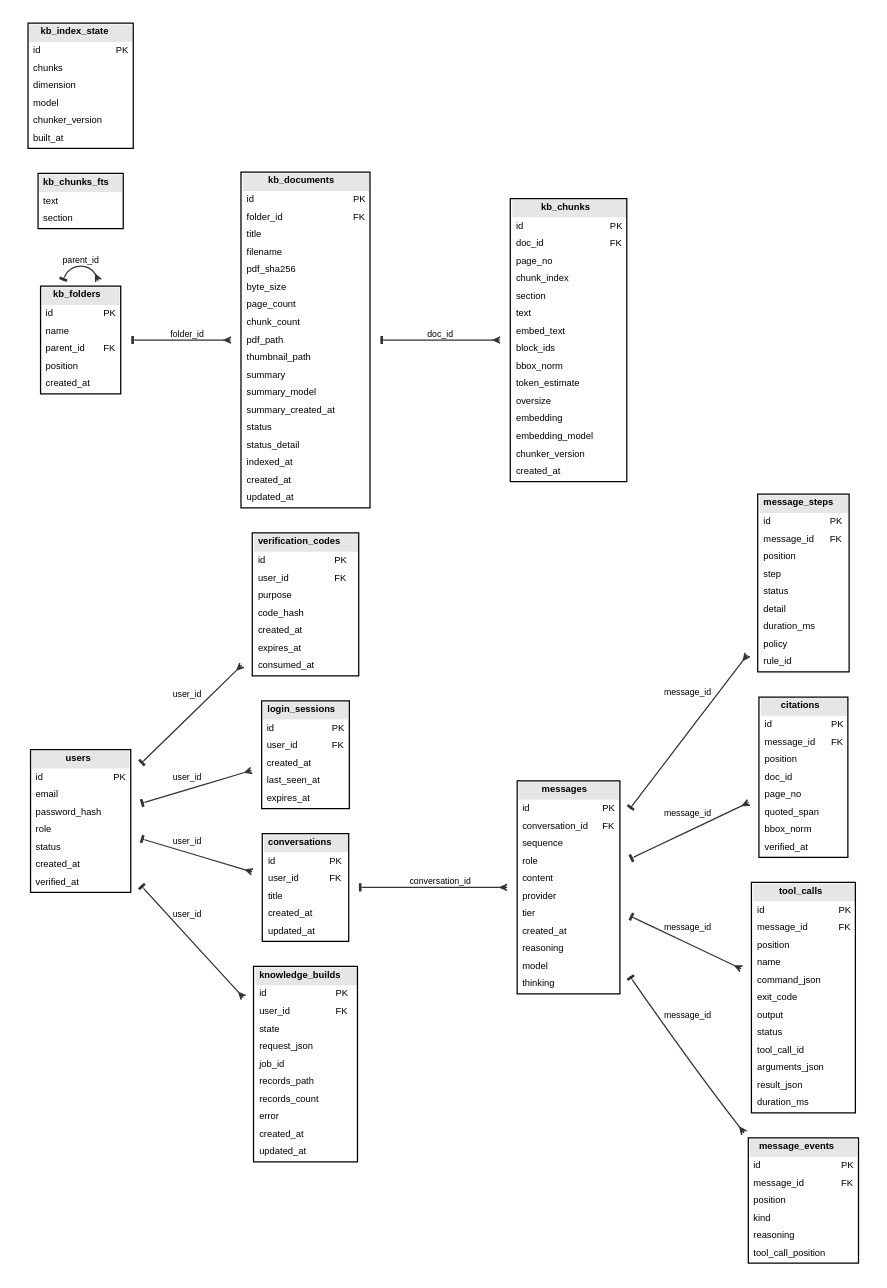
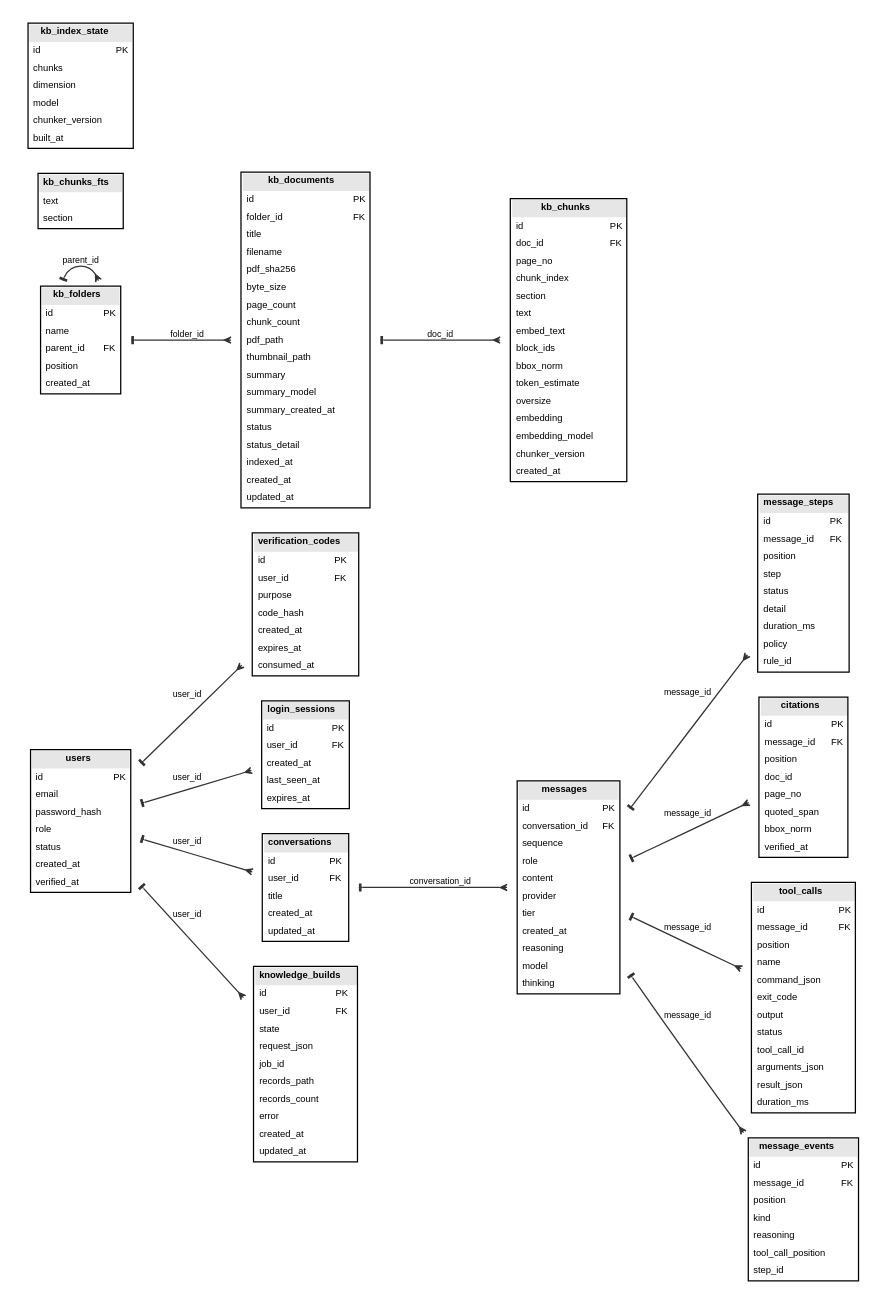
One commit to Kane-LI-0114/verifiable-tutor changed the diagram in docs/figures/physical-db.dot. Above: the diagram before and after it, drawn with Graphviz. The commit also changed 19 other files, not shown here.

```diff
--- a/docs/figures/physical-db.dot
+++ b/docs/figures/physical-db.dot
@@ -1,192 +1,193 @@
 digraph physical_data_model {
   // Generated by scripts/build_data_model.py from the Storage schema; do not edit.
   graph [rankdir=LR, splines=true, nodesep=0.16, ranksep=0.52, fontname="Helvetica", fontsize=9,
          bgcolor="white", pad=0.10];
   node [fontname="Helvetica", fontsize=7.5, shape=plaintext];
   edge [fontname="Helvetica", fontsize=7, color="#333333", arrowsize=0.55,
         dir=both, arrowtail=tee, arrowhead=crow];
   // Physical SQLite schema. The logical model is docs/figures/prd-er.dot.
   users [label=<<TABLE BORDER="1" CELLBORDER="0" CELLSPACING="0" CELLPADDING="3" BGCOLOR="white">
       <TR><TD BGCOLOR="#e6e6e6" COLSPAN="2"><B>users</B></TD></TR>
       <TR><TD ALIGN="LEFT">id</TD><TD ALIGN="LEFT">PK</TD></TR>
       <TR><TD ALIGN="LEFT">email</TD><TD ALIGN="LEFT"></TD></TR>
       <TR><TD ALIGN="LEFT">password_hash</TD><TD ALIGN="LEFT"></TD></TR>
       <TR><TD ALIGN="LEFT">role</TD><TD ALIGN="LEFT"></TD></TR>
       <TR><TD ALIGN="LEFT">status</TD><TD ALIGN="LEFT"></TD></TR>
       <TR><TD ALIGN="LEFT">created_at</TD><TD ALIGN="LEFT"></TD></TR>
       <TR><TD ALIGN="LEFT">verified_at</TD><TD ALIGN="LEFT"></TD></TR>
     </TABLE>>];
   verification_codes [label=<<TABLE BORDER="1" CELLBORDER="0" CELLSPACING="0" CELLPADDING="3" BGCOLOR="white">
       <TR><TD BGCOLOR="#e6e6e6" COLSPAN="2"><B>verification_codes</B></TD></TR>
       <TR><TD ALIGN="LEFT">id</TD><TD ALIGN="LEFT">PK</TD></TR>
       <TR><TD ALIGN="LEFT">user_id</TD><TD ALIGN="LEFT">FK</TD></TR>
       <TR><TD ALIGN="LEFT">purpose</TD><TD ALIGN="LEFT"></TD></TR>
       <TR><TD ALIGN="LEFT">code_hash</TD><TD ALIGN="LEFT"></TD></TR>
       <TR><TD ALIGN="LEFT">created_at</TD><TD ALIGN="LEFT"></TD></TR>
       <TR><TD ALIGN="LEFT">expires_at</TD><TD ALIGN="LEFT"></TD></TR>
       <TR><TD ALIGN="LEFT">consumed_at</TD><TD ALIGN="LEFT"></TD></TR>
     </TABLE>>];
   login_sessions [label=<<TABLE BORDER="1" CELLBORDER="0" CELLSPACING="0" CELLPADDING="3" BGCOLOR="white">
       <TR><TD BGCOLOR="#e6e6e6" COLSPAN="2"><B>login_sessions</B></TD></TR>
       <TR><TD ALIGN="LEFT">id</TD><TD ALIGN="LEFT">PK</TD></TR>
       <TR><TD ALIGN="LEFT">user_id</TD><TD ALIGN="LEFT">FK</TD></TR>
       <TR><TD ALIGN="LEFT">created_at</TD><TD ALIGN="LEFT"></TD></TR>
       <TR><TD ALIGN="LEFT">last_seen_at</TD><TD ALIGN="LEFT"></TD></TR>
       <TR><TD ALIGN="LEFT">expires_at</TD><TD ALIGN="LEFT"></TD></TR>
     </TABLE>>];
   conversations [label=<<TABLE BORDER="1" CELLBORDER="0" CELLSPACING="0" CELLPADDING="3" BGCOLOR="white">
       <TR><TD BGCOLOR="#e6e6e6" COLSPAN="2"><B>conversations</B></TD></TR>
       <TR><TD ALIGN="LEFT">id</TD><TD ALIGN="LEFT">PK</TD></TR>
       <TR><TD ALIGN="LEFT">user_id</TD><TD ALIGN="LEFT">FK</TD></TR>
       <TR><TD ALIGN="LEFT">title</TD><TD ALIGN="LEFT"></TD></TR>
       <TR><TD ALIGN="LEFT">created_at</TD><TD ALIGN="LEFT"></TD></TR>
       <TR><TD ALIGN="LEFT">updated_at</TD><TD ALIGN="LEFT"></TD></TR>
     </TABLE>>];
   messages [label=<<TABLE BORDER="1" CELLBORDER="0" CELLSPACING="0" CELLPADDING="3" BGCOLOR="white">
       <TR><TD BGCOLOR="#e6e6e6" COLSPAN="2"><B>messages</B></TD></TR>
       <TR><TD ALIGN="LEFT">id</TD><TD ALIGN="LEFT">PK</TD></TR>
       <TR><TD ALIGN="LEFT">conversation_id</TD><TD ALIGN="LEFT">FK</TD></TR>
       <TR><TD ALIGN="LEFT">sequence</TD><TD ALIGN="LEFT"></TD></TR>
       <TR><TD ALIGN="LEFT">role</TD><TD ALIGN="LEFT"></TD></TR>
       <TR><TD ALIGN="LEFT">content</TD><TD ALIGN="LEFT"></TD></TR>
       <TR><TD ALIGN="LEFT">provider</TD><TD ALIGN="LEFT"></TD></TR>
       <TR><TD ALIGN="LEFT">tier</TD><TD ALIGN="LEFT"></TD></TR>
       <TR><TD ALIGN="LEFT">created_at</TD><TD ALIGN="LEFT"></TD></TR>
       <TR><TD ALIGN="LEFT">reasoning</TD><TD ALIGN="LEFT"></TD></TR>
       <TR><TD ALIGN="LEFT">model</TD><TD ALIGN="LEFT"></TD></TR>
       <TR><TD ALIGN="LEFT">thinking</TD><TD ALIGN="LEFT"></TD></TR>
     </TABLE>>];
   message_steps [label=<<TABLE BORDER="1" CELLBORDER="0" CELLSPACING="0" CELLPADDING="3" BGCOLOR="white">
       <TR><TD BGCOLOR="#e6e6e6" COLSPAN="2"><B>message_steps</B></TD></TR>
       <TR><TD ALIGN="LEFT">id</TD><TD ALIGN="LEFT">PK</TD></TR>
       <TR><TD ALIGN="LEFT">message_id</TD><TD ALIGN="LEFT">FK</TD></TR>
       <TR><TD ALIGN="LEFT">position</TD><TD ALIGN="LEFT"></TD></TR>
       <TR><TD ALIGN="LEFT">step</TD><TD ALIGN="LEFT"></TD></TR>
       <TR><TD ALIGN="LEFT">status</TD><TD ALIGN="LEFT"></TD></TR>
       <TR><TD ALIGN="LEFT">detail</TD><TD ALIGN="LEFT"></TD></TR>
       <TR><TD ALIGN="LEFT">duration_ms</TD><TD ALIGN="LEFT"></TD></TR>
       <TR><TD ALIGN="LEFT">policy</TD><TD ALIGN="LEFT"></TD></TR>
       <TR><TD ALIGN="LEFT">rule_id</TD><TD ALIGN="LEFT"></TD></TR>
     </TABLE>>];
   citations [label=<<TABLE BORDER="1" CELLBORDER="0" CELLSPACING="0" CELLPADDING="3" BGCOLOR="white">
       <TR><TD BGCOLOR="#e6e6e6" COLSPAN="2"><B>citations</B></TD></TR>
       <TR><TD ALIGN="LEFT">id</TD><TD ALIGN="LEFT">PK</TD></TR>
       <TR><TD ALIGN="LEFT">message_id</TD><TD ALIGN="LEFT">FK</TD></TR>
       <TR><TD ALIGN="LEFT">position</TD><TD ALIGN="LEFT"></TD></TR>
       <TR><TD ALIGN="LEFT">doc_id</TD><TD ALIGN="LEFT"></TD></TR>
       <TR><TD ALIGN="LEFT">page_no</TD><TD ALIGN="LEFT"></TD></TR>
       <TR><TD ALIGN="LEFT">quoted_span</TD><TD ALIGN="LEFT"></TD></TR>
       <TR><TD ALIGN="LEFT">bbox_norm</TD><TD ALIGN="LEFT"></TD></TR>
       <TR><TD ALIGN="LEFT">verified_at</TD><TD ALIGN="LEFT"></TD></TR>
     </TABLE>>];
   tool_calls [label=<<TABLE BORDER="1" CELLBORDER="0" CELLSPACING="0" CELLPADDING="3" BGCOLOR="white">
       <TR><TD BGCOLOR="#e6e6e6" COLSPAN="2"><B>tool_calls</B></TD></TR>
       <TR><TD ALIGN="LEFT">id</TD><TD ALIGN="LEFT">PK</TD></TR>
       <TR><TD ALIGN="LEFT">message_id</TD><TD ALIGN="LEFT">FK</TD></TR>
       <TR><TD ALIGN="LEFT">position</TD><TD ALIGN="LEFT"></TD></TR>
       <TR><TD ALIGN="LEFT">name</TD><TD ALIGN="LEFT"></TD></TR>
       <TR><TD ALIGN="LEFT">command_json</TD><TD ALIGN="LEFT"></TD></TR>
       <TR><TD ALIGN="LEFT">exit_code</TD><TD ALIGN="LEFT"></TD></TR>
       <TR><TD ALIGN="LEFT">output</TD><TD ALIGN="LEFT"></TD></TR>
       <TR><TD ALIGN="LEFT">status</TD><TD ALIGN="LEFT"></TD></TR>
       <TR><TD ALIGN="LEFT">tool_call_id</TD><TD ALIGN="LEFT"></TD></TR>
       <TR><TD ALIGN="LEFT">arguments_json</TD><TD ALIGN="LEFT"></TD></TR>
       <TR><TD ALIGN="LEFT">result_json</TD><TD ALIGN="LEFT"></TD></TR>
       <TR><TD ALIGN="LEFT">duration_ms</TD><TD ALIGN="LEFT"></TD></TR>
     </TABLE>>];
   message_events [label=<<TABLE BORDER="1" CELLBORDER="0" CELLSPACING="0" CELLPADDING="3" BGCOLOR="white">
       <TR><TD BGCOLOR="#e6e6e6" COLSPAN="2"><B>message_events</B></TD></TR>
       <TR><TD ALIGN="LEFT">id</TD><TD ALIGN="LEFT">PK</TD></TR>
       <TR><TD ALIGN="LEFT">message_id</TD><TD ALIGN="LEFT">FK</TD></TR>
       <TR><TD ALIGN="LEFT">position</TD><TD ALIGN="LEFT"></TD></TR>
       <TR><TD ALIGN="LEFT">kind</TD><TD ALIGN="LEFT"></TD></TR>
       <TR><TD ALIGN="LEFT">reasoning</TD><TD ALIGN="LEFT"></TD></TR>
       <TR><TD ALIGN="LEFT">tool_call_position</TD><TD ALIGN="LEFT"></TD></TR>
+      <TR><TD ALIGN="LEFT">step_id</TD><TD ALIGN="LEFT"></TD></TR>
     </TABLE>>];
   knowledge_builds [label=<<TABLE BORDER="1" CELLBORDER="0" CELLSPACING="0" CELLPADDING="3" BGCOLOR="white">
       <TR><TD BGCOLOR="#e6e6e6" COLSPAN="2"><B>knowledge_builds</B></TD></TR>
       <TR><TD ALIGN="LEFT">id</TD><TD ALIGN="LEFT">PK</TD></TR>
       <TR><TD ALIGN="LEFT">user_id</TD><TD ALIGN="LEFT">FK</TD></TR>
       <TR><TD ALIGN="LEFT">state</TD><TD ALIGN="LEFT"></TD></TR>
       <TR><TD ALIGN="LEFT">request_json</TD><TD ALIGN="LEFT"></TD></TR>
       <TR><TD ALIGN="LEFT">job_id</TD><TD ALIGN="LEFT"></TD></TR>
       <TR><TD ALIGN="LEFT">records_path</TD><TD ALIGN="LEFT"></TD></TR>
       <TR><TD ALIGN="LEFT">records_count</TD><TD ALIGN="LEFT"></TD></TR>
       <TR><TD ALIGN="LEFT">error</TD><TD ALIGN="LEFT"></TD></TR>
       <TR><TD ALIGN="LEFT">created_at</TD><TD ALIGN="LEFT"></TD></TR>
       <TR><TD ALIGN="LEFT">updated_at</TD><TD ALIGN="LEFT"></TD></TR>
     </TABLE>>];
   kb_folders [label=<<TABLE BORDER="1" CELLBORDER="0" CELLSPACING="0" CELLPADDING="3" BGCOLOR="white">
       <TR><TD BGCOLOR="#e6e6e6" COLSPAN="2"><B>kb_folders</B></TD></TR>
       <TR><TD ALIGN="LEFT">id</TD><TD ALIGN="LEFT">PK</TD></TR>
       <TR><TD ALIGN="LEFT">name</TD><TD ALIGN="LEFT"></TD></TR>
       <TR><TD ALIGN="LEFT">parent_id</TD><TD ALIGN="LEFT">FK</TD></TR>
       <TR><TD ALIGN="LEFT">position</TD><TD ALIGN="LEFT"></TD></TR>
       <TR><TD ALIGN="LEFT">created_at</TD><TD ALIGN="LEFT"></TD></TR>
     </TABLE>>];
   kb_documents [label=<<TABLE BORDER="1" CELLBORDER="0" CELLSPACING="0" CELLPADDING="3" BGCOLOR="white">
       <TR><TD BGCOLOR="#e6e6e6" COLSPAN="2"><B>kb_documents</B></TD></TR>
       <TR><TD ALIGN="LEFT">id</TD><TD ALIGN="LEFT">PK</TD></TR>
       <TR><TD ALIGN="LEFT">folder_id</TD><TD ALIGN="LEFT">FK</TD></TR>
       <TR><TD ALIGN="LEFT">title</TD><TD ALIGN="LEFT"></TD></TR>
       <TR><TD ALIGN="LEFT">filename</TD><TD ALIGN="LEFT"></TD></TR>
       <TR><TD ALIGN="LEFT">pdf_sha256</TD><TD ALIGN="LEFT"></TD></TR>
       <TR><TD ALIGN="LEFT">byte_size</TD><TD ALIGN="LEFT"></TD></TR>
       <TR><TD ALIGN="LEFT">page_count</TD><TD ALIGN="LEFT"></TD></TR>
       <TR><TD ALIGN="LEFT">chunk_count</TD><TD ALIGN="LEFT"></TD></TR>
       <TR><TD ALIGN="LEFT">pdf_path</TD><TD ALIGN="LEFT"></TD></TR>
       <TR><TD ALIGN="LEFT">thumbnail_path</TD><TD ALIGN="LEFT"></TD></TR>
       <TR><TD ALIGN="LEFT">summary</TD><TD ALIGN="LEFT"></TD></TR>
       <TR><TD ALIGN="LEFT">summary_model</TD><TD ALIGN="LEFT"></TD></TR>
       <TR><TD ALIGN="LEFT">summary_created_at</TD><TD ALIGN="LEFT"></TD></TR>
       <TR><TD ALIGN="LEFT">status</TD><TD ALIGN="LEFT"></TD></TR>
       <TR><TD ALIGN="LEFT">status_detail</TD><TD ALIGN="LEFT"></TD></TR>
       <TR><TD ALIGN="LEFT">indexed_at</TD><TD ALIGN="LEFT"></TD></TR>
       <TR><TD ALIGN="LEFT">created_at</TD><TD ALIGN="LEFT"></TD></TR>
       <TR><TD ALIGN="LEFT">updated_at</TD><TD ALIGN="LEFT"></TD></TR>
     </TABLE>>];
   kb_chunks [label=<<TABLE BORDER="1" CELLBORDER="0" CELLSPACING="0" CELLPADDING="3" BGCOLOR="white">
       <TR><TD BGCOLOR="#e6e6e6" COLSPAN="2"><B>kb_chunks</B></TD></TR>
       <TR><TD ALIGN="LEFT">id</TD><TD ALIGN="LEFT">PK</TD></TR>
       <TR><TD ALIGN="LEFT">doc_id</TD><TD ALIGN="LEFT">FK</TD></TR>
       <TR><TD ALIGN="LEFT">page_no</TD><TD ALIGN="LEFT"></TD></TR>
       <TR><TD ALIGN="LEFT">chunk_index</TD><TD ALIGN="LEFT"></TD></TR>
       <TR><TD ALIGN="LEFT">section</TD><TD ALIGN="LEFT"></TD></TR>
       <TR><TD ALIGN="LEFT">text</TD><TD ALIGN="LEFT"></TD></TR>
       <TR><TD ALIGN="LEFT">embed_text</TD><TD ALIGN="LEFT"></TD></TR>
       <TR><TD ALIGN="LEFT">block_ids</TD><TD ALIGN="LEFT"></TD></TR>
       <TR><TD ALIGN="LEFT">bbox_norm</TD><TD ALIGN="LEFT"></TD></TR>
       <TR><TD ALIGN="LEFT">token_estimate</TD><TD ALIGN="LEFT"></TD></TR>
       <TR><TD ALIGN="LEFT">oversize</TD><TD ALIGN="LEFT"></TD></TR>
       <TR><TD ALIGN="LEFT">embedding</TD><TD ALIGN="LEFT"></TD></TR>
       <TR><TD ALIGN="LEFT">embedding_model</TD><TD ALIGN="LEFT"></TD></TR>
       <TR><TD ALIGN="LEFT">chunker_version</TD><TD ALIGN="LEFT"></TD></TR>
       <TR><TD ALIGN="LEFT">created_at</TD><TD ALIGN="LEFT"></TD></TR>
     </TABLE>>];
   kb_chunks_fts [label=<<TABLE BORDER="1" CELLBORDER="0" CELLSPACING="0" CELLPADDING="3" BGCOLOR="white">
       <TR><TD BGCOLOR="#e6e6e6" COLSPAN="2"><B>kb_chunks_fts</B></TD></TR>
       <TR><TD ALIGN="LEFT">text</TD><TD ALIGN="LEFT"></TD></TR>
       <TR><TD ALIGN="LEFT">section</TD><TD ALIGN="LEFT"></TD></TR>
     </TABLE>>];
   kb_index_state [label=<<TABLE BORDER="1" CELLBORDER="0" CELLSPACING="0" CELLPADDING="3" BGCOLOR="white">
       <TR><TD BGCOLOR="#e6e6e6" COLSPAN="2"><B>kb_index_state</B></TD></TR>
       <TR><TD ALIGN="LEFT">id</TD><TD ALIGN="LEFT">PK</TD></TR>
       <TR><TD ALIGN="LEFT">chunks</TD><TD ALIGN="LEFT"></TD></TR>
       <TR><TD ALIGN="LEFT">dimension</TD><TD ALIGN="LEFT"></TD></TR>
       <TR><TD ALIGN="LEFT">model</TD><TD ALIGN="LEFT"></TD></TR>
       <TR><TD ALIGN="LEFT">chunker_version</TD><TD ALIGN="LEFT"></TD></TR>
       <TR><TD ALIGN="LEFT">built_at</TD><TD ALIGN="LEFT"></TD></TR>
     </TABLE>>];
   users -> verification_codes [label="user_id"];
   users -> login_sessions [label="user_id"];
   users -> conversations [label="user_id"];
   conversations -> messages [label="conversation_id"];
   messages -> message_steps [label="message_id"];
   messages -> citations [label="message_id"];
   messages -> tool_calls [label="message_id"];
   messages -> message_events [label="message_id"];
   users -> knowledge_builds [label="user_id"];
   kb_folders -> kb_folders [label="parent_id"];
   kb_folders -> kb_documents [label="folder_id"];
   kb_documents -> kb_chunks [label="doc_id"];
 }
```
